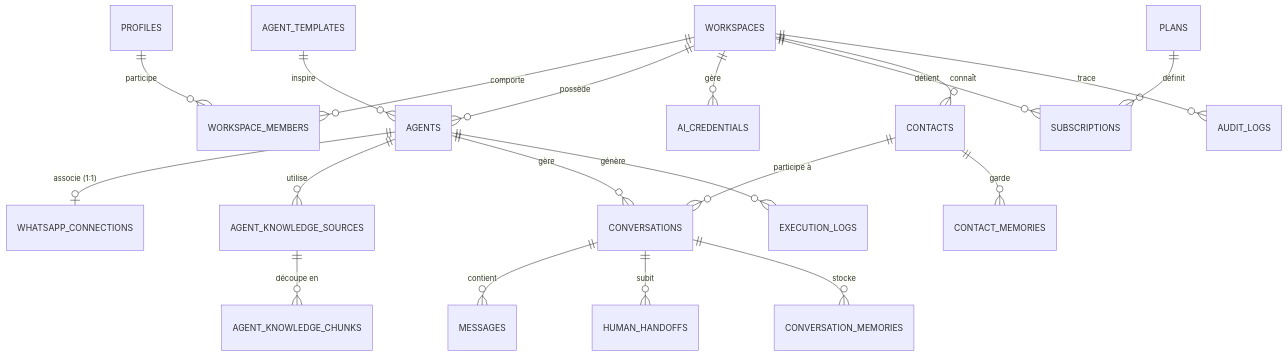
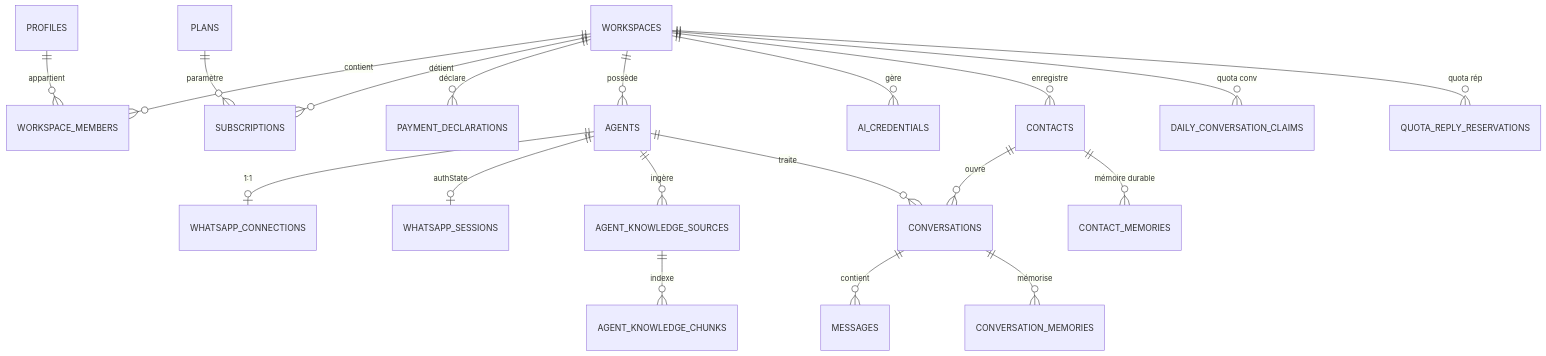
Before and after one commit to Cadehub/innoica: the diagram in docs/DATABASE_SCHEMA.md, drawn with Mermaid. The commit also changed other lines of this file and 128 other files, not shown here.

````diff
--- a/docs/DATABASE_SCHEMA.md
+++ b/docs/DATABASE_SCHEMA.md
@@ -10,26 +10,23 @@
 ```mermaid
 erDiagram
-    PROFILES ||--o{ WORKSPACE_MEMBERS : "participe"
-    WORKSPACES ||--o{ WORKSPACE_MEMBERS : "comporte"
+    PROFILES ||--o{ WORKSPACE_MEMBERS : "appartient"
+    WORKSPACES ||--o{ WORKSPACE_MEMBERS : "contient"
+    WORKSPACES ||--o{ SUBSCRIPTIONS : "détient"
+    PLANS ||--o{ SUBSCRIPTIONS : "paramètre"
+    WORKSPACES ||--o{ PAYMENT_DECLARATIONS : "déclare"
     WORKSPACES ||--o{ AGENTS : "possède"
     WORKSPACES ||--o{ AI_CREDENTIALS : "gère"
-    WORKSPACES ||--o{ SUBSCRIPTIONS : "détient"
-    PLANS ||--o{ SUBSCRIPTIONS : "définit"
-    
-    AGENT_TEMPLATES ||--o{ AGENTS : "inspire"
-    AGENTS ||--o| WHATSAPP_CONNECTIONS : "associe (1:1)"
-    AGENTS ||--o{ AGENT_KNOWLEDGE_SOURCES : "utilise"
-    AGENT_KNOWLEDGE_SOURCES ||--o{ AGENT_KNOWLEDGE_CHUNKS : "découpe en"
-    
-    AGENTS ||--o{ CONVERSATIONS : "gère"
-    CONTACTS ||--o{ CONVERSATIONS : "participe à"
-    WORKSPACES ||--o{ CONTACTS : "connaît"
-    
+    WORKSPACES ||--o{ CONTACTS : "enregistre"
+    WORKSPACES ||--o{ DAILY_CONVERSATION_CLAIMS : "quota conv"
+    WORKSPACES ||--o{ QUOTA_REPLY_RESERVATIONS : "quota rép"
+
+    AGENTS ||--o| WHATSAPP_CONNECTIONS : "1:1"
+    AGENTS ||--o| WHATSAPP_SESSIONS : "authState"
+    AGENTS ||--o{ AGENT_KNOWLEDGE_SOURCES : "ingère"
+    AGENT_KNOWLEDGE_SOURCES ||--o{ AGENT_KNOWLEDGE_CHUNKS : "indexe"
+    AGENTS ||--o{ CONVERSATIONS : "traite"
+    CONTACTS ||--o{ CONVERSATIONS : "ouvre"
     CONVERSATIONS ||--o{ MESSAGES : "contient"
-    CONVERSATIONS ||--o{ HUMAN_HANDOFFS : "subit"
-    CONVERSATIONS ||--o{ CONVERSATION_MEMORIES : "stocke"
-    CONTACTS ||--o{ CONTACT_MEMORIES : "garde"
-    
-    AGENTS ||--o{ EXECUTION_LOGS : "génère"
-    WORKSPACES ||--o{ AUDIT_LOGS : "trace"
+    CONVERSATIONS ||--o{ CONVERSATION_MEMORIES : "mémorise"
+    CONTACTS ||--o{ CONTACT_MEMORIES : "mémoire durable"
 ```
````
